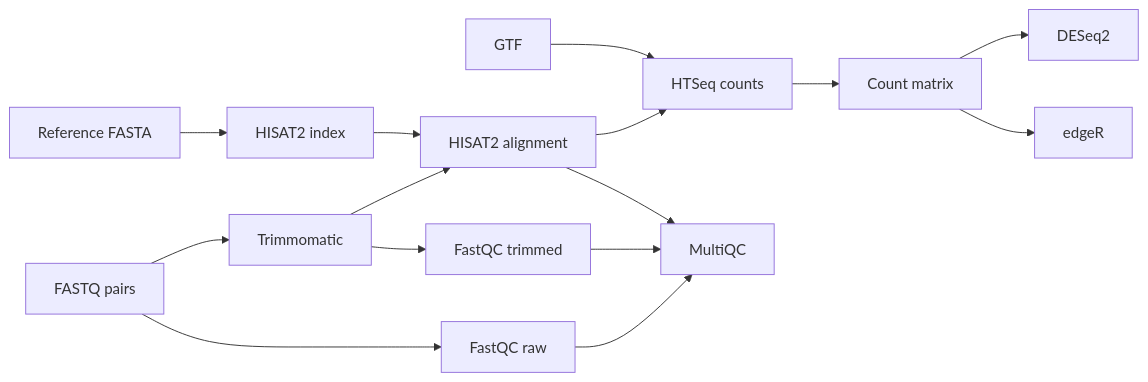
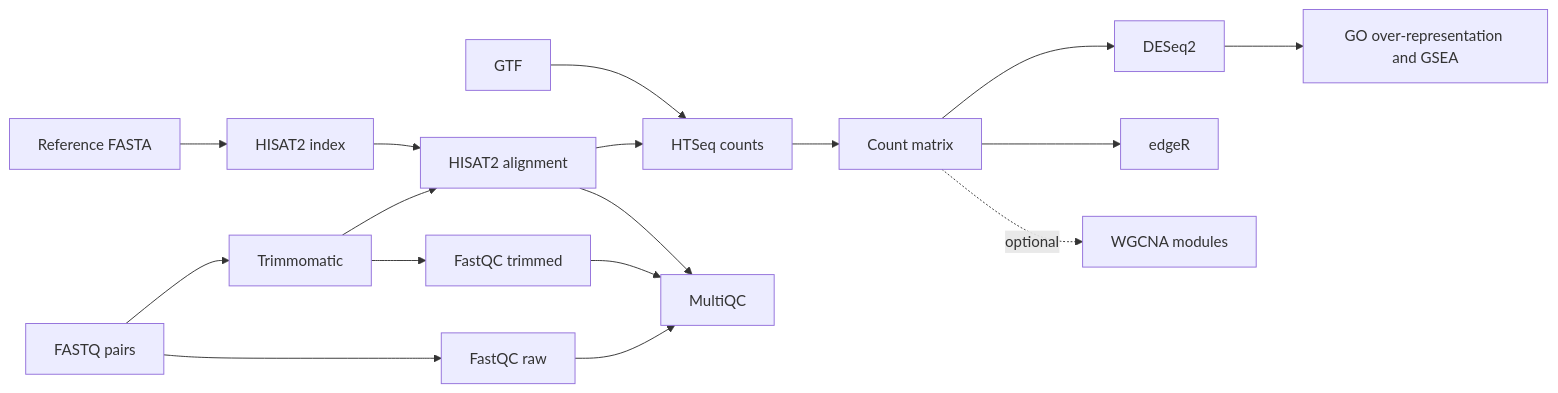
One commit to abhijitswain09/NGS-data-analysis changed the diagram in README.md. Above: the diagram before and after it, drawn with Mermaid. The commit also changed other lines of this file and 8 other files, not shown here.

Commit message:
Add GO GSEA WGCNA and FlowViewer support

````diff
--- a/README.md
+++ b/README.md
@@ -7,16 +7,16 @@
 ```mermaid
 flowchart LR
   A[FASTQ pairs] --> B[FastQC raw]
-  A --> C[Trimmomatic]
-  C --> D[FastQC trimmed]
+  A --> C[Trimmomatic] --> D[FastQC trimmed]
   C --> E[HISAT2 alignment]
   F[Reference FASTA] --> G[HISAT2 index] --> E
   E --> H[HTSeq counts]
   I[GTF] --> H
   H --> J[Count matrix]
-  J --> K[DESeq2]
+  J --> K[DESeq2] --> M[GO over-representation and GSEA]
   J --> L[edgeR]
-  B --> M[MultiQC]
-  D --> M
-  E --> M
+  J -. optional .-> N[WGCNA modules]
+  B --> O[MultiQC]
+  D --> O
+  E --> O
 ```
````
